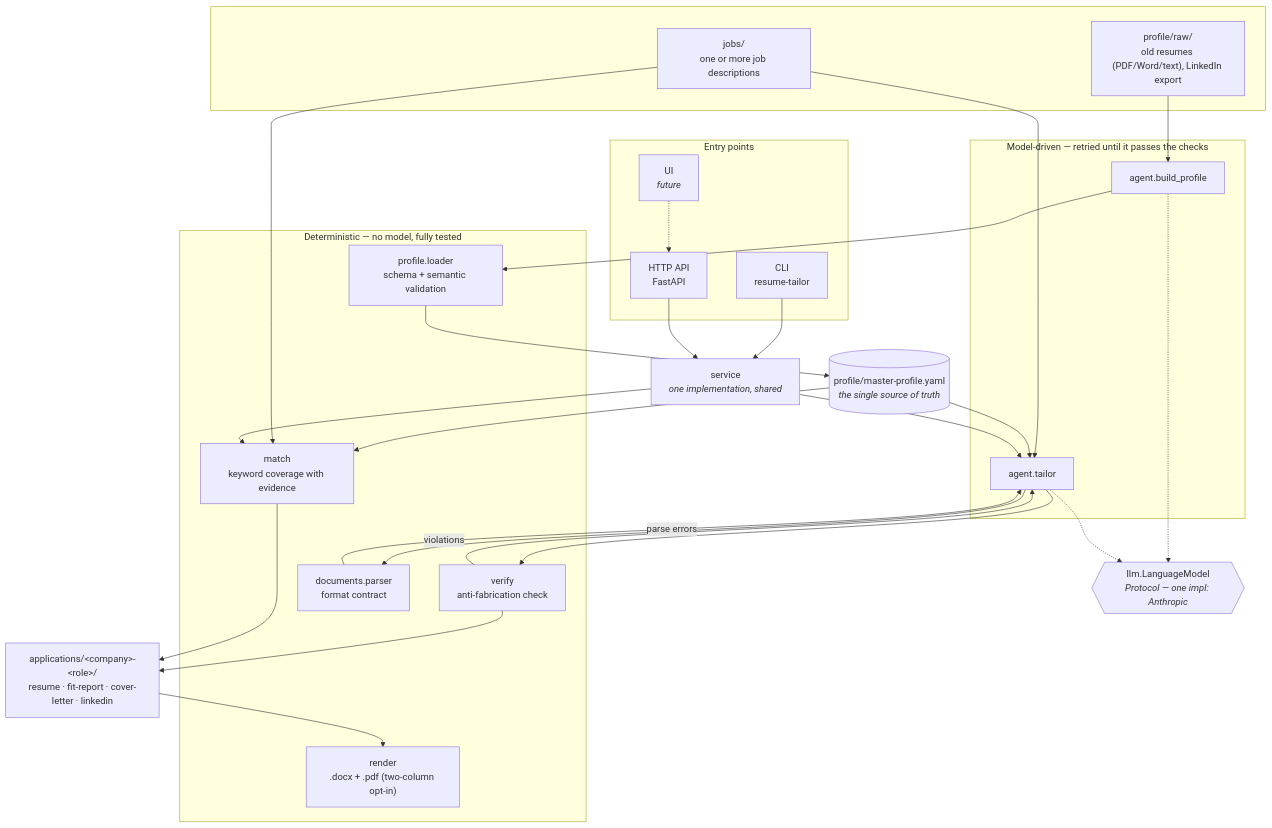
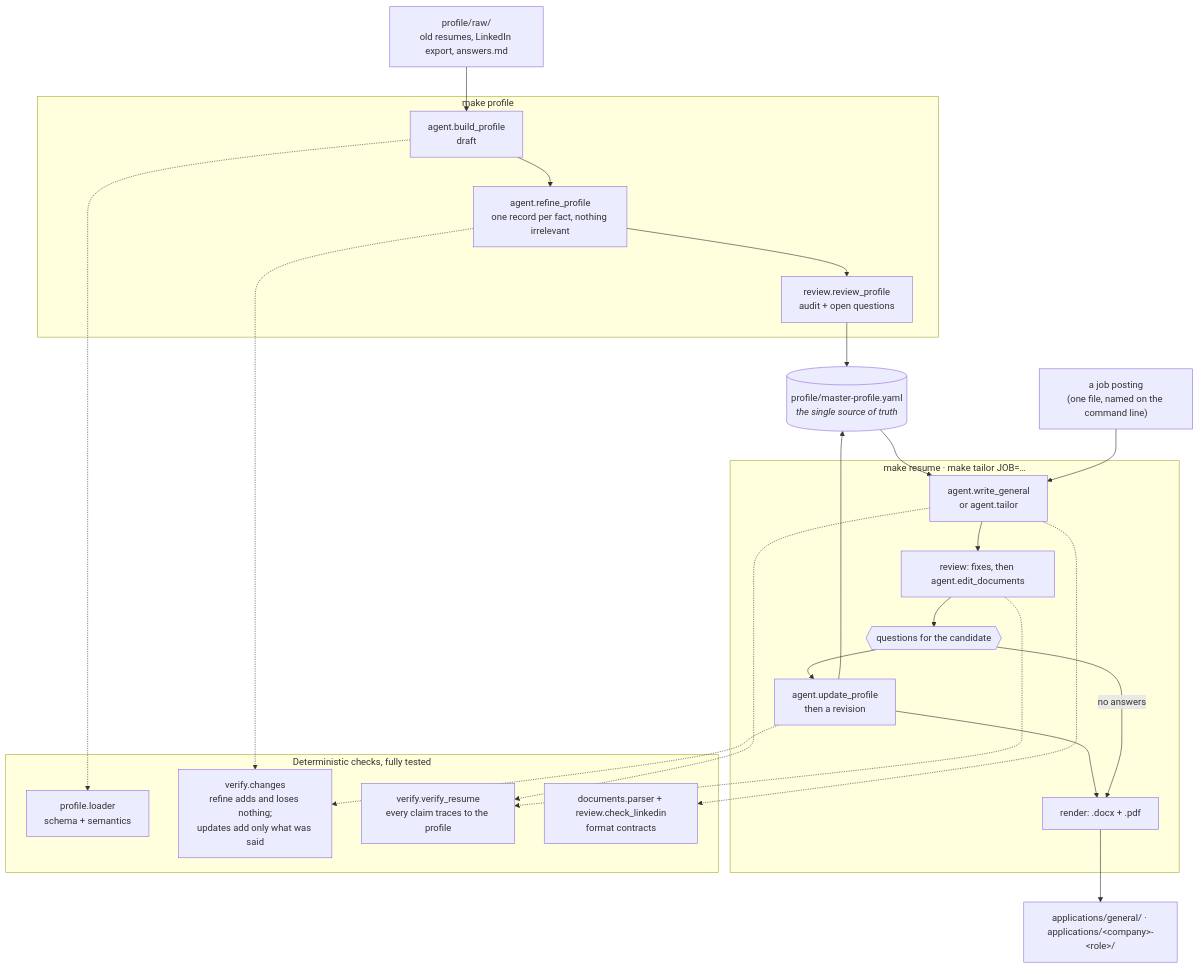
Before and after one commit to Joel-OConnor/Resume-Tailor: the diagram in reference/ARCHITECTURE.md, drawn with Mermaid. The commit also changed other lines of this file and 69 other files, not shown here.

````diff
--- a/reference/ARCHITECTURE.md
+++ b/reference/ARCHITECTURE.md
@@ -7,53 +7,42 @@
 ```mermaid
 flowchart TB
-    subgraph inputs [" "]
-        raw["profile/raw/<br/>old resumes (PDF/Word/text), LinkedIn export"]
-        jd["jobs/<br/>one or more job descriptions"]
+    raw["profile/raw/<br/>old resumes, LinkedIn export, answers.md"]
+    jd["a job posting<br/>(one file, named on the command line)"]
+    yaml[("profile/master-profile.yaml<br/><i>the single source of truth</i>")]
+
+    subgraph profile ["make profile"]
+        draft["agent.build_profile<br/>draft"]
+        refine["agent.refine_profile<br/>one record per fact, nothing irrelevant"]
+        audit["review.review_profile<br/>audit + open questions"]
     end
 
-    yaml[("profile/master-profile.yaml<br/><i>the single source of truth</i>")]
-
-    subgraph det ["Deterministic — no model, fully tested"]
-        loader["profile.loader<br/>schema + semantic validation"]
-        match["match<br/>keyword coverage with evidence"]
-        verify["verify<br/>anti-fabrication check"]
-        docs["documents.parser<br/>format contract"]
-        render["render<br/>.docx + .pdf (two-column opt-in)"]
+    subgraph runs ["make resume · make tailor JOB=…"]
+        write["agent.write_general<br/>or agent.tailor"]
+        review["review: fixes, then agent.edit_documents"]
+        ask{{"questions for the candidate"}}
+        update["agent.update_profile<br/>then a revision"]
+        export["render: .docx + .pdf"]
     end
 
-    subgraph agentic ["Model-driven — retried until it passes the checks"]
-        build["agent.build_profile"]
-        tailor["agent.tailor"]
+    subgraph checks ["Deterministic checks, fully tested"]
+        loader["profile.loader<br/>schema + semantics"]
+        changes["verify.changes<br/>refine adds and loses nothing;<br/>updates add only what was said"]
+        verify["verify.verify_resume<br/>every claim traces to the profile"]
+        formats["documents.parser + review.check_linkedin<br/>format contracts"]
     end
 
-    llm{{"llm.LanguageModel<br/><i>Protocol — one impl: Anthropic</i>"}}
+    raw --> draft --> refine --> audit --> yaml
+    yaml --> write
+    jd --> write
+    write --> review --> ask --> update --> export
+    ask -- "no answers" --> export
+    update --> yaml
+    export --> out["applications/general/ · applications/&lt;company&gt;-&lt;role&gt;/"]
 
-    raw --> build --> loader --> yaml
-    jd --> tailor
-    yaml --> tailor
-    yaml --> match
-    jd --> match
-    build -.-> llm
-    tailor -.-> llm
-    tailor --> docs
-    tailor --> verify
-    verify -- "violations" --> tailor
-    docs -- "parse errors" --> tailor
-    verify --> out
-    match --> out
-
-    out["applications/&lt;company&gt;-&lt;role&gt;/<br/>resume · fit-report · cover-letter · linkedin"]
-    out --> render
-
-    subgraph surfaces ["Entry points"]
-        cli["CLI<br/>resume-tailor"]
-        api["HTTP API<br/>FastAPI"]
-        ui["UI<br/><i>future</i>"]
-    end
-
-    cli --> service
-    api --> service
-    ui -.-> api
-    service["service<br/><i>one implementation, shared</i>"] --> tailor
-    service --> match
+    draft -.-> loader
+    refine -.-> changes
+    update -.-> changes
+    write -.-> verify
+    review -.-> verify
+    write -.-> formats
 ```
````
